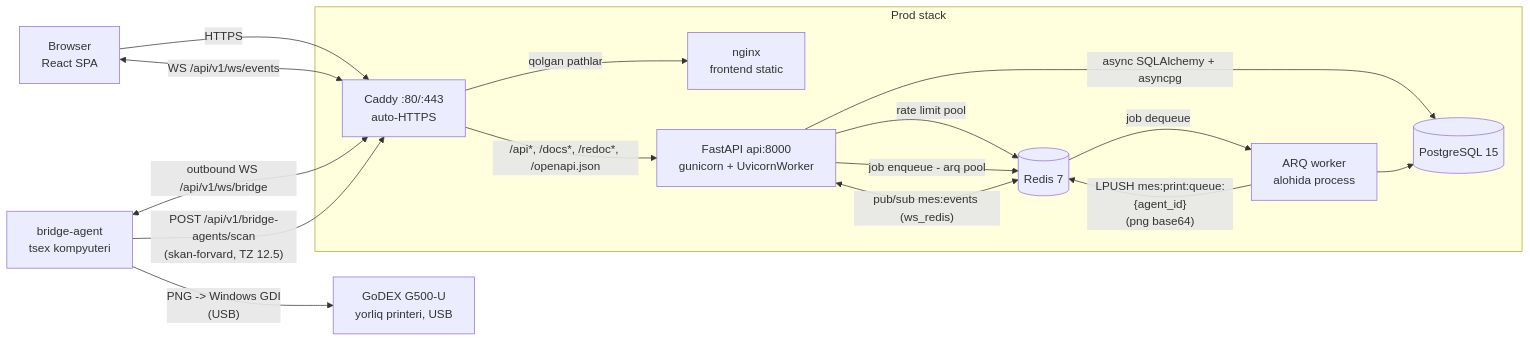
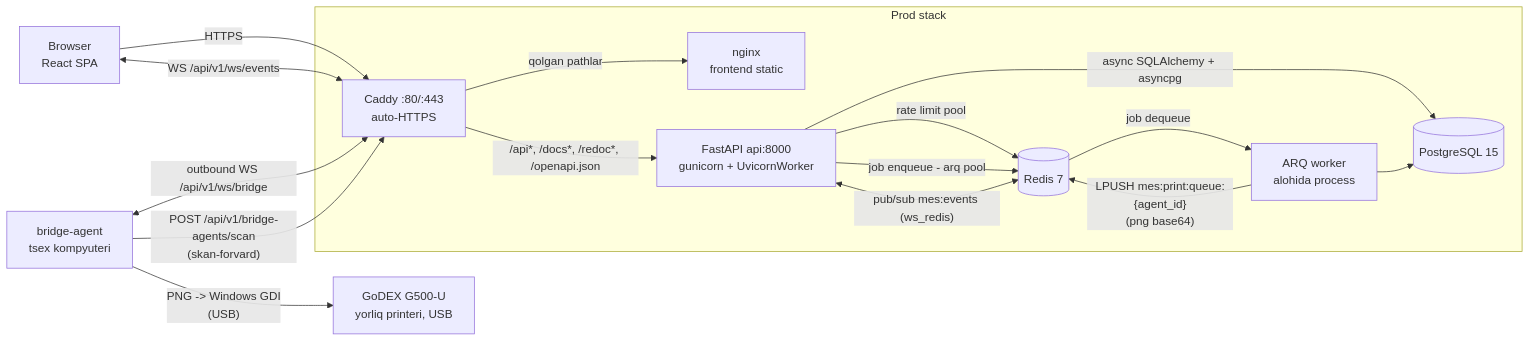
The diagram in docs/01-architecture.md (jasper2233/mebelix-eko-tizim), drawn with Mermaid before and after one commit. The commit also changed other lines of this file and 8 other files, not shown here.

````diff
--- a/docs/01-architecture.md
+++ b/docs/01-architecture.md
@@ -94,30 +94,30 @@
 ```mermaid
 flowchart LR
     B[Browser<br/>React SPA]
     G[bridge-agent<br/>tsex kompyuteri]
     PR[GoDEX G500-U<br/>yorliq printeri, USB]
 
     subgraph Prod stack
         C[Caddy :80/:443<br/>auto-HTTPS]
         N[nginx<br/>frontend static]
         A[FastAPI api:8000<br/>gunicorn + UvicornWorker]
         W[ARQ worker<br/>alohida process]
         P[(PostgreSQL 15)]
         R[(Redis 7)]
     end
 
     B -->|HTTPS| C
     B <-->|"WS /api/v1/ws/events"| C
     G <-->|"outbound WS /api/v1/ws/bridge"| C
-    G -->|"POST /api/v1/bridge-agents/scan<br/>(skan-forvard, TZ 12.5)"| C
+    G -->|"POST /api/v1/bridge-agents/scan<br/>(skan-forvard)"| C
     G -->|"PNG -> Windows GDI<br/>(USB)"| PR
     C -->|"/api*, /docs*, /redoc*, /openapi.json"| A
     C -->|qolgan pathlar| N
     A -->|async SQLAlchemy + asyncpg| P
     A -->|rate limit pool| R
     A -->|job enqueue - arq pool| R
     A <-->|"pub/sub mes:events (ws_redis)"| R
     R -->|job dequeue| W
     W -->|"LPUSH mes:print:queue:{agent_id}<br/>(png base64)"| R
     W --> P
 ```
````
